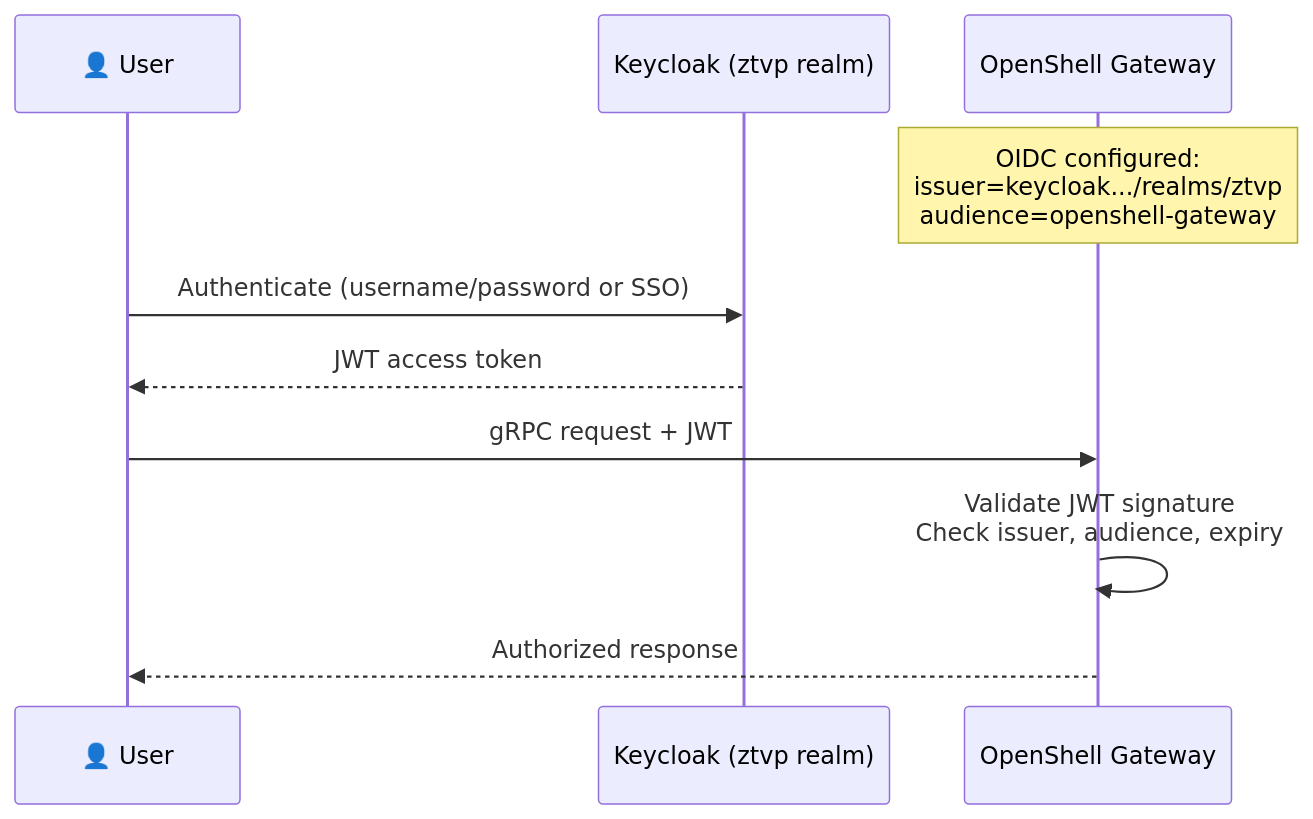
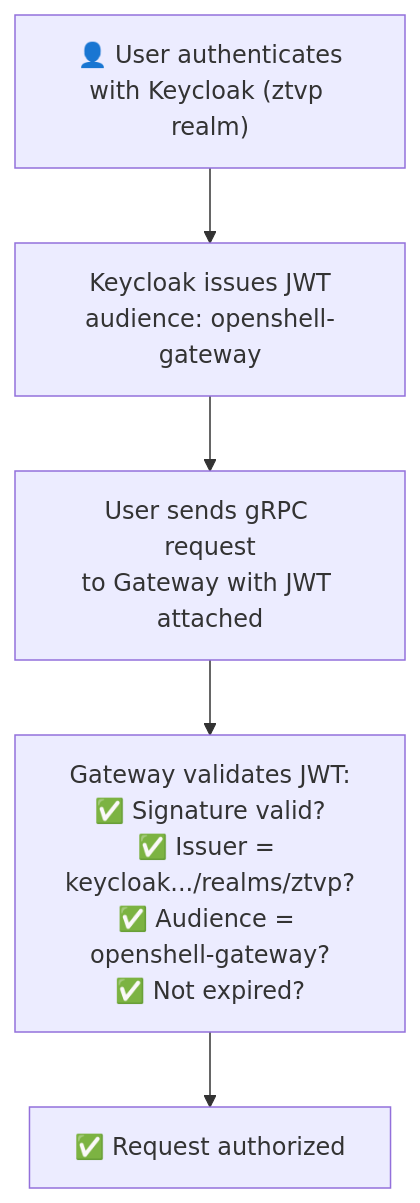
The fourth of 4 diagrams in docs/9-ztvp-integration/README.md (avijra/openshell-ztm-lab), drawn with Mermaid before and after one commit. The commit also changed other lines of this file and 6 other files, not shown here.

First line of the commit message:
fix: replace all unreadable sequence diagrams with simple vertical flows

````diff
--- a/docs/9-ztvp-integration/README.md
+++ b/docs/9-ztvp-integration/README.md
@@ -232,14 +225,10 @@
 ```mermaid
-sequenceDiagram
-    participant U as 👤 User
-    participant KC as Keycloak (ztvp realm)
-    participant GW as OpenShell Gateway
+graph TD
+    U["👤 User authenticates<br/>with Keycloak (ztvp realm)"]
+    JWT["Keycloak issues JWT<br/>audience: openshell-gateway"]
+    REQ["User sends gRPC request<br/>to Gateway with JWT attached"]
+    VAL["Gateway validates JWT:<br/>✅ Signature valid?<br/>✅ Issuer = keycloak.../realms/ztvp?<br/>✅ Audience = openshell-gateway?<br/>✅ Not expired?"]
+    OK["✅ Request authorized"]
 
-    Note over GW: OIDC configured:<br/>issuer=keycloak.../realms/ztvp<br/>audience=openshell-gateway
-
-    U->>KC: Authenticate (username/password or SSO)
-    KC-->>U: JWT access token
-    U->>GW: gRPC request + JWT
-    GW->>GW: Validate JWT signature<br/>Check issuer, audience, expiry
-    GW-->>U: Authorized response
+    U --> JWT --> REQ --> VAL --> OK
 ```
````
